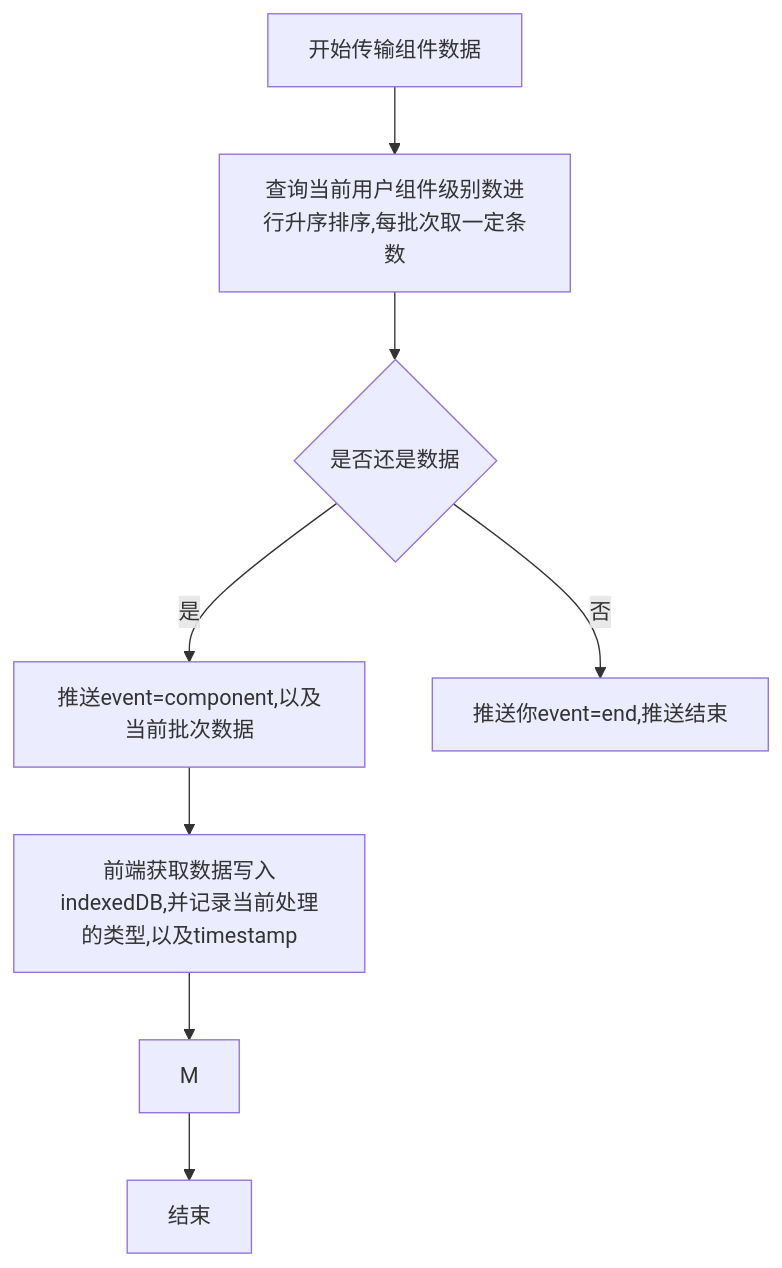
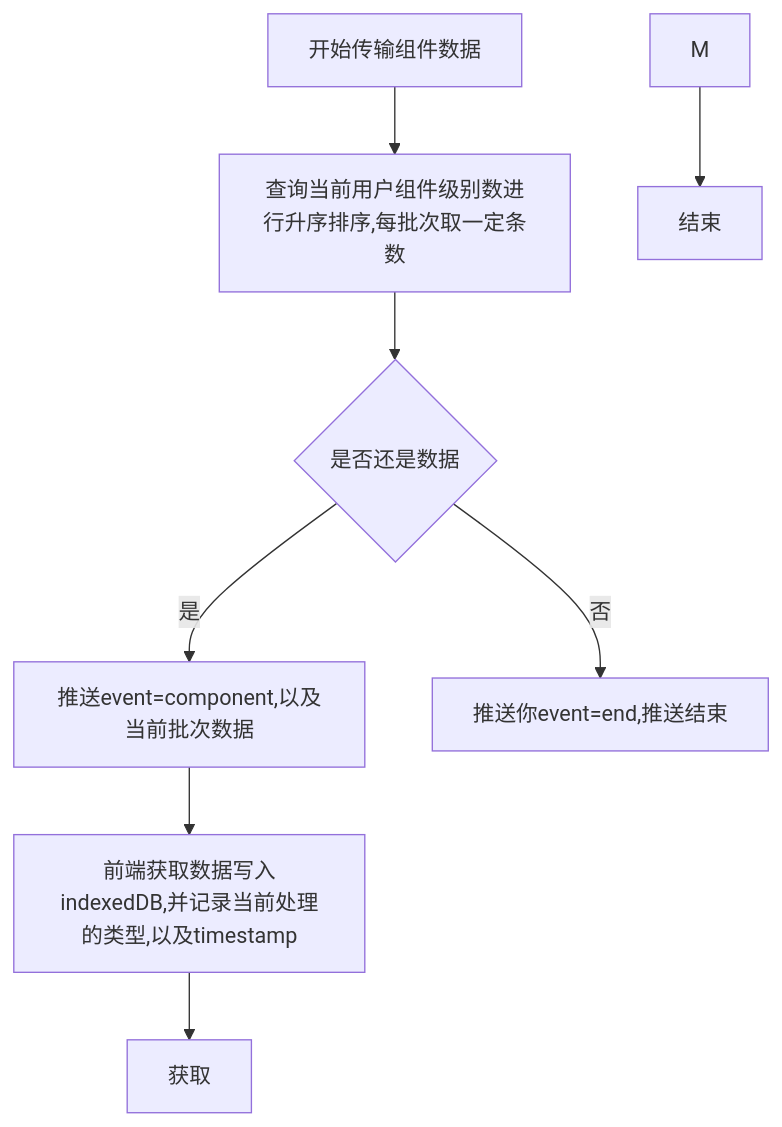
The diagram in all/未命名-59.md (yingjianzh/iodraw-files), drawn with Mermaid before and after one commit.

Commit message:
2025-05-14 15:26:52 update

````diff
--- a/all/未命名-59.md
+++ b/all/未命名-59.md
@@ -1,13 +1,13 @@
 ```mermaid
 flowchart TD
     A[开始传输组件数据] --> B[查询当前用户组件级别数进行升序排序,每批次取一定条数]
     B --> C{是否还是数据}
     C --> |是| D[推送event=component,以及当前批次数据]
     C --> |否| E[推送你event=end,推送结束]
 
     D --> F[前端获取数据写入indexedDB,并记录当前处理的类型,以及timestamp]
     
-    F --> 
+    F --> G[获取]
    
     M --> N[结束]
 ```
````
